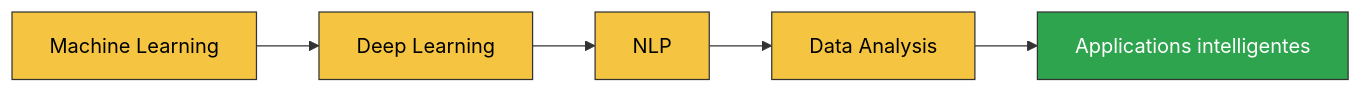
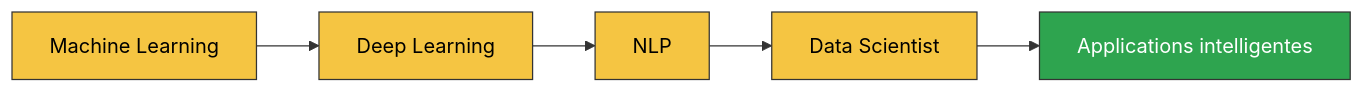
Before and after one commit to binetouwahab/binetouwahab: the diagram in README.md, drawn with Mermaid. The commit also changed other lines of this file, not shown here.

````diff
--- a/README.md
+++ b/README.md
@@ -224,12 +224,12 @@
 ```mermaid
 flowchart LR
     A["Machine Learning"] --> B["Deep Learning"]
     B --> C["NLP"]
-    C --> D["Data Analysis"]
+    C --> D["Data Scientist"]
     D --> E["Applications intelligentes"]
     style A fill:#F5C542,stroke:#333,color:#000
     style B fill:#F5C542,stroke:#333,color:#000
     style C fill:#F5C542,stroke:#333,color:#000
     style D fill:#F5C542,stroke:#333,color:#000
     style E fill:#2ea44f,stroke:#333,color:#fff
 ```
````
